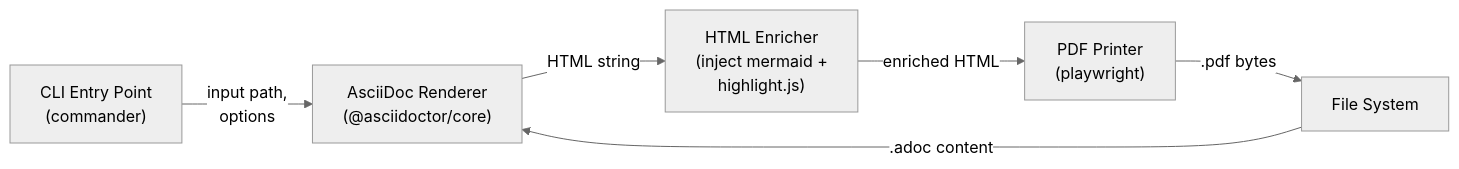
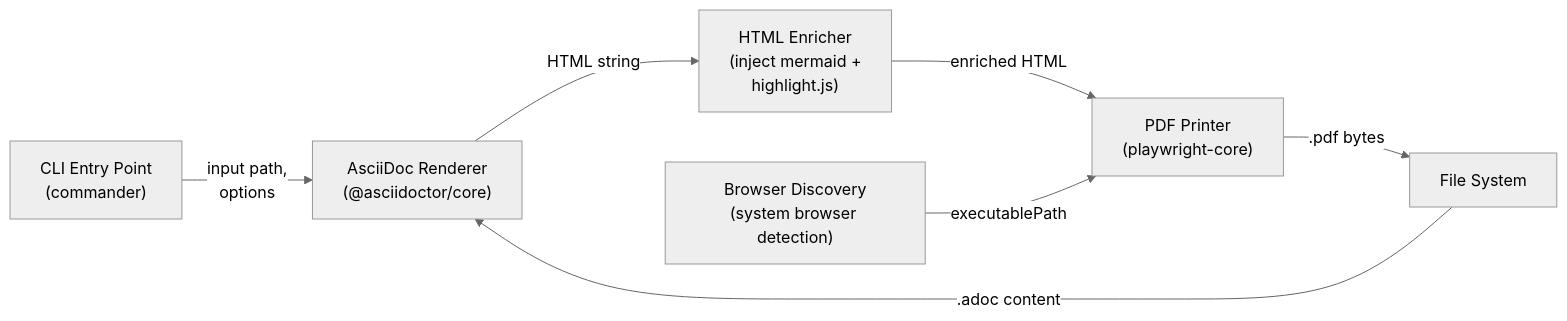
Before and after one commit to provenimpact/proven-docs: the first of 3 diagrams in docs/features/adoc-to-pdf/design.adoc, drawn with Mermaid (neutral theme). The commit also changed other lines of this file and 31 other files, not shown here.

First line of the commit message:
feat: standalone binary distribution and system browser detection (#17)

```diff
--- a/docs/features/adoc-to-pdf/design.adoc
+++ b/docs/features/adoc-to-pdf/design.adoc
@@ -45,15 +47,17 @@
 [source,mermaid]
 ----
 flowchart LR
     CLI["CLI Entry Point\n(commander)"]
     RENDER["AsciiDoc Renderer\n(@asciidoctor/core)"]
     ENRICH["HTML Enricher\n(inject mermaid +\nhighlight.js)"]
-    PRINT["PDF Printer\n(playwright)"]
+    DISCOVER["Browser Discovery\n(system browser detection)"]
+    PRINT["PDF Printer\n(playwright-core)"]
     FS["File System"]
 
     CLI -->|"input path,\noptions"| RENDER
     FS -->|".adoc content"| RENDER
     RENDER -->|"HTML string"| ENRICH
     ENRICH -->|"enriched HTML"| PRINT
+    DISCOVER -->|"executablePath"| PRINT
     PRINT -->|".pdf bytes"| FS
 ----
```
